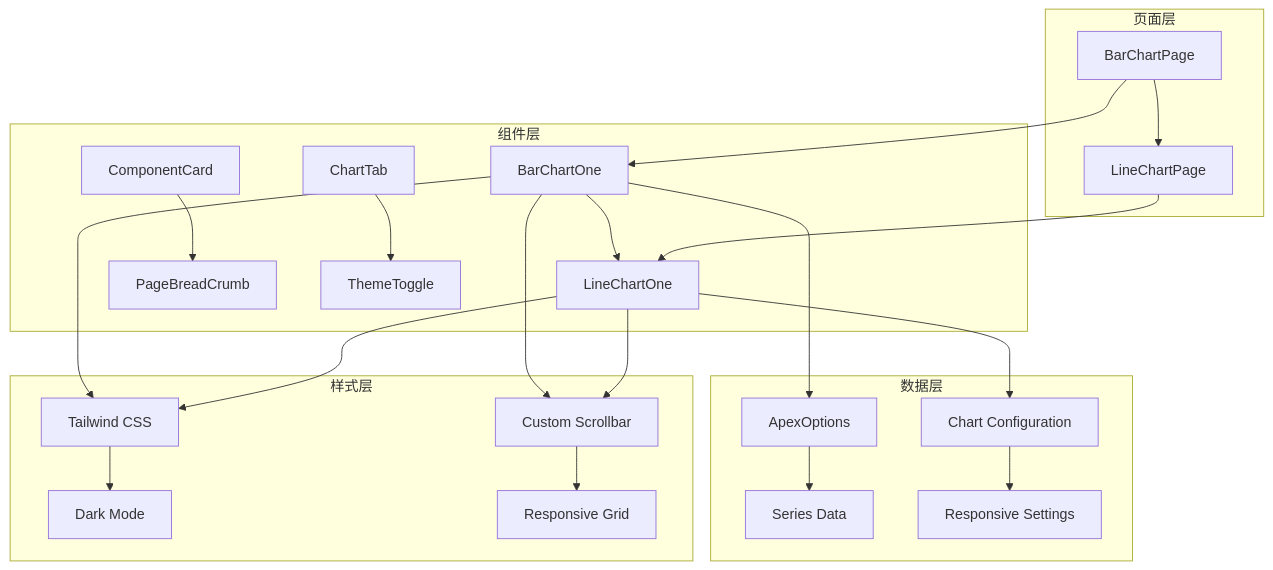
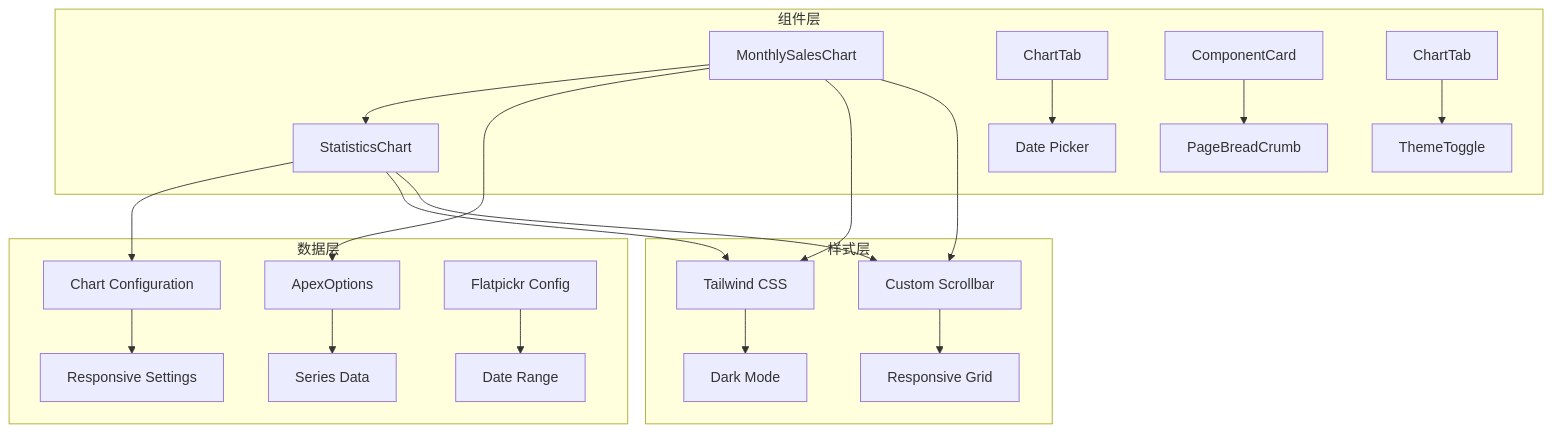
One commit to HAOFUYANG/nextjs-admin changed the second of 9 diagrams in .qoder/repowiki/zh/content/页面路由系统/页面类型组织结构/图表页面.md. Above: the diagram before and after it, drawn with Mermaid. The commit also changed other lines of this file and 36 other files, not shown here.

````diff
--- a/.qoder/repowiki/zh/content/页面路由系统/页面类型组织结构/图表页面.md
+++ b/.qoder/repowiki/zh/content/页面路由系统/页面类型组织结构/图表页面.md
@@ -113,27 +114,24 @@
 ```mermaid
 graph TD
-subgraph "页面层"
-A[BarChartPage] --> B[LineChartPage]
-end
 subgraph "组件层"
-C[BarChartOne] --> D[LineChartOne]
+A[MonthlySalesChart] --> B[StatisticsChart]
+C[ChartTab] --> D[Date Picker]
 E[ComponentCard] --> F[PageBreadCrumb]
 G[ChartTab] --> H[ThemeToggle]
 end
 subgraph "数据层"
 I[ApexOptions] --> J[Series Data]
 K[Chart Configuration] --> L[Responsive Settings]
+M[Flatpickr Config] --> N[Date Range]
 end
 subgraph "样式层"
-M[Tailwind CSS] --> N[Dark Mode]
-O[Custom Scrollbar] --> P[Responsive Grid]
+O[Tailwind CSS] --> P[Dark Mode]
+Q[Custom Scrollbar] --> R[Responsive Grid]
 end
-A --> C
-B --> D
-C --> I
-D --> K
-C --> M
-D --> M
-C --> O
-D --> O
+A --> I
+B --> K
+A --> O
+B --> O
+A --> Q
+B --> Q
 ```
````
